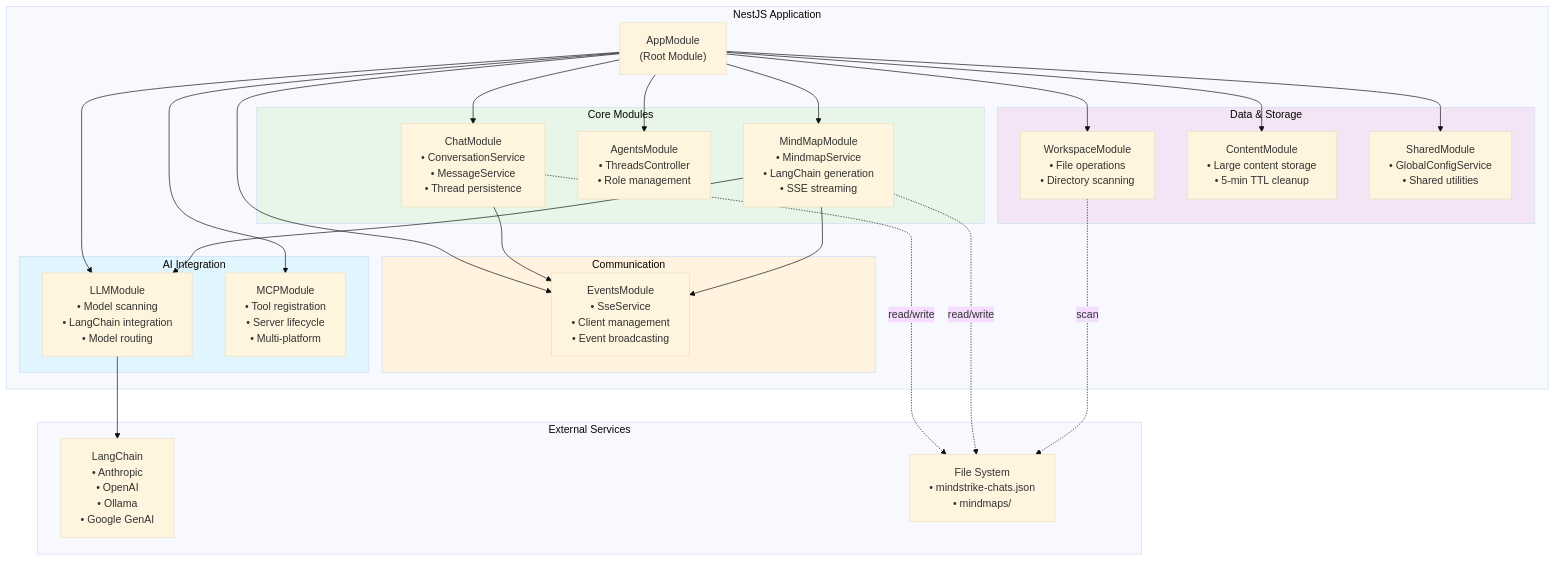
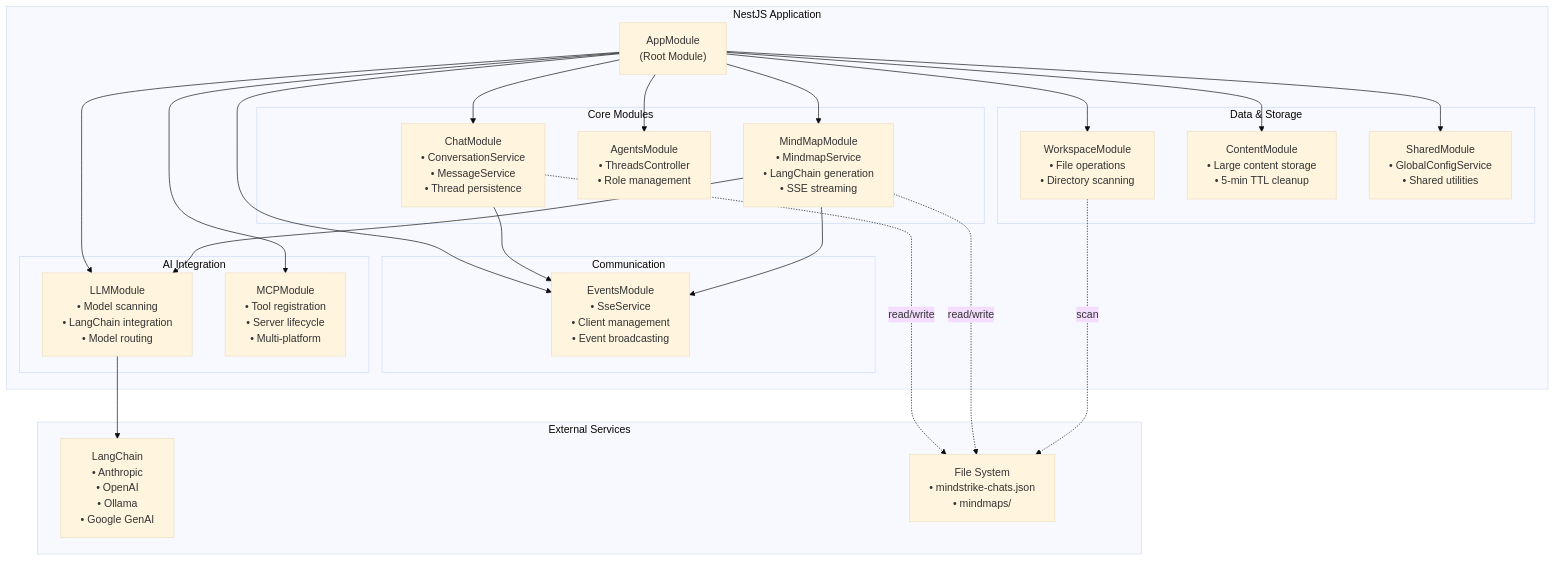
Before and after one commit to sengac/mindstrike: the third of 7 diagrams in spec/FOUNDATION.md, drawn with Mermaid (base theme). The commit also changed other lines of this file and 1 other file, not shown here.

Commit message:
fix: remove diagram colours

````diff
--- a/spec/FOUNDATION.md
+++ b/spec/FOUNDATION.md
@@ -165,56 +157,51 @@
 ```mermaid
 graph TB
     subgraph NestJS["NestJS Application"]
         AppModule["AppModule<br/>(Root Module)"]
         
         subgraph Core["Core Modules"]
             ChatModule["ChatModule<br/>• ConversationService<br/>• MessageService<br/>• Thread persistence"]
             AgentsModule["AgentsModule<br/>• ThreadsController<br/>• Role management"]
             MindMapModule["MindMapModule<br/>• MindmapService<br/>• LangChain generation<br/>• SSE streaming"]
         end
         
         subgraph Communication["Communication"]
             EventsModule["EventsModule<br/>• SseService<br/>• Client management<br/>• Event broadcasting"]
         end
         
         subgraph AI["AI Integration"]
             LLMModule["LLMModule<br/>• Model scanning<br/>• LangChain integration<br/>• Model routing"]
             MCPModule["MCPModule<br/>• Tool registration<br/>• Server lifecycle<br/>• Multi-platform"]
         end
         
         subgraph Data["Data & Storage"]
             WorkspaceModule["WorkspaceModule<br/>• File operations<br/>• Directory scanning"]
             ContentModule["ContentModule<br/>• Large content storage<br/>• 5-min TTL cleanup"]
             SharedModule["SharedModule<br/>• GlobalConfigService<br/>• Shared utilities"]
         end
     end
     
     subgraph External["External Services"]
         LangChain["LangChain<br/>• Anthropic<br/>• OpenAI<br/>• Ollama<br/>• Google GenAI"]
         FileSystem["File System<br/>• mindstrike-chats.json<br/>• mindmaps/"]
     end
     
     AppModule --> ChatModule
     AppModule --> AgentsModule
     AppModule --> MindMapModule
     AppModule --> EventsModule
     AppModule --> LLMModule
     AppModule --> MCPModule
     AppModule --> WorkspaceModule
     AppModule --> ContentModule
     AppModule --> SharedModule
     
     ChatModule --> EventsModule
     MindMapModule --> EventsModule
     MindMapModule --> LLMModule
     LLMModule --> LangChain
     
     ChatModule -.->|read/write| FileSystem
     MindMapModule -.->|read/write| FileSystem
     WorkspaceModule -.->|scan| FileSystem
-    
-    style Core fill:#e8f5e9
-    style Communication fill:#fff3e0
-    style AI fill:#e1f5fe
-    style Data fill:#f3e5f5
 ```
````
